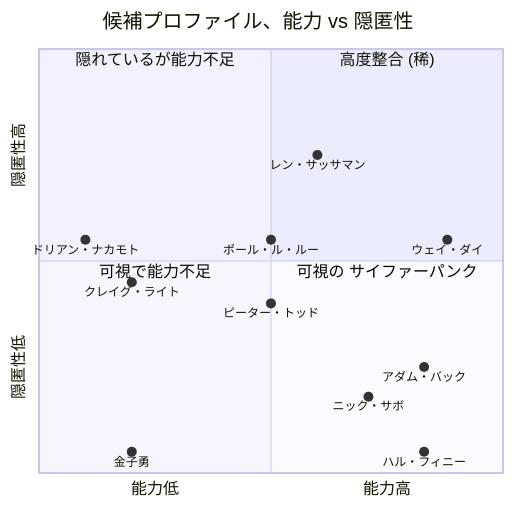
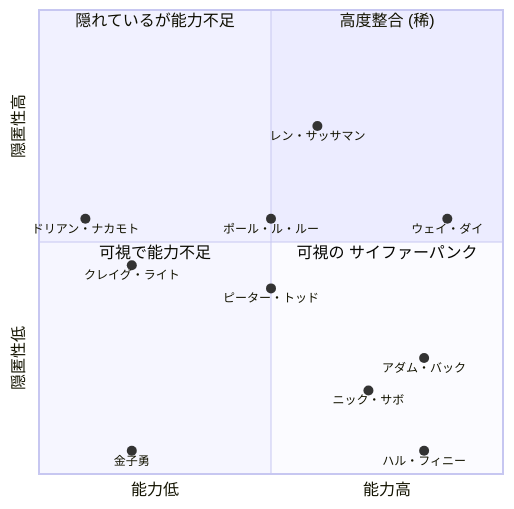
The second of 2 diagrams in src/data/translations/ja/analysis/2008-10-31-satoshi-identity-hypotheses-overview.md (cypher256/BitcoinArchive), drawn with Mermaid before and after one commit. The commit also changed other lines of this file and 50 other files, not shown here.

````diff
--- a/src/data/translations/ja/analysis/2008-10-31-satoshi-identity-hypotheses-overview.md
+++ b/src/data/translations/ja/analysis/2008-10-31-satoshi-identity-hypotheses-overview.md
@@ -187,20 +191,19 @@
 ```mermaid
 quadrantChart
-    title 候補プロファイル、能力 vs 隠匿性
     x-axis "能力低" --> "能力高"
     y-axis "隠匿性低" --> "隠匿性高"
     quadrant-1 "高度整合 (稀)"
     quadrant-2 "隠れているが能力不足"
     quadrant-3 "可視で能力不足"
     quadrant-4 "可視の サイファーパンク"
     "ウェイ・ダイ": [0.88, 0.55]
     "アダム・バック": [0.83, 0.25]
     "ハル・フィニー": [0.83, 0.05]
     "ニック・サボ": [0.71, 0.18]
     "レン・サッサマン": [0.6, 0.75]
     "ポール・ル・ルー": [0.5, 0.55]
     "ピーター・トッド": [0.5, 0.4]
     "クレイグ・ライト": [0.2, 0.45]
     "ドリアン・ナカモト": [0.1, 0.55]
     "金子勇": [0.2, 0.05]
 ```
````
